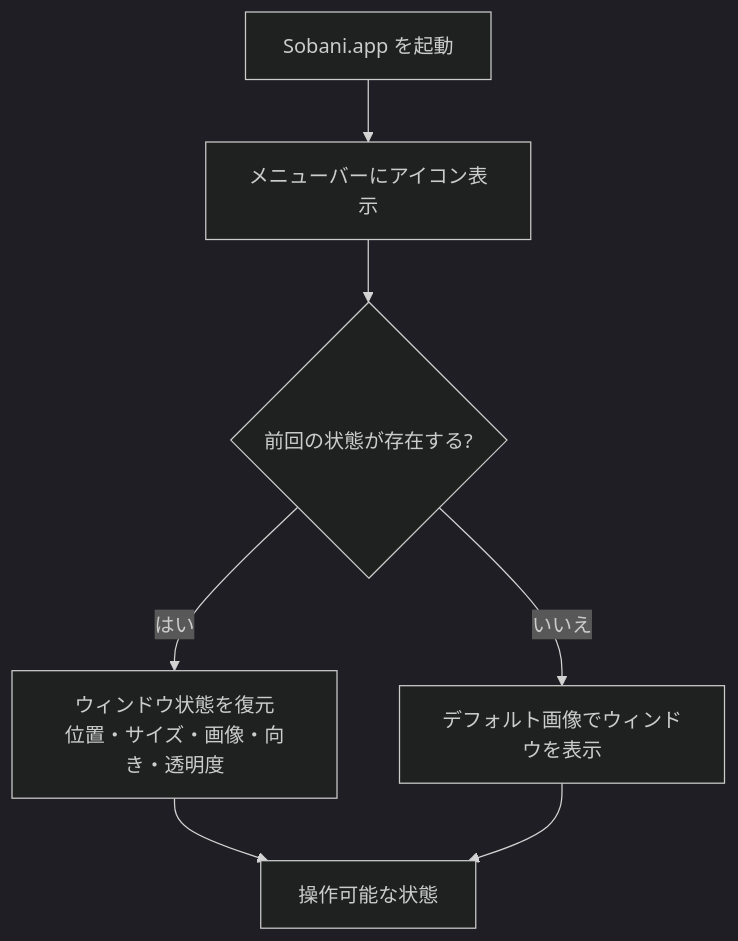
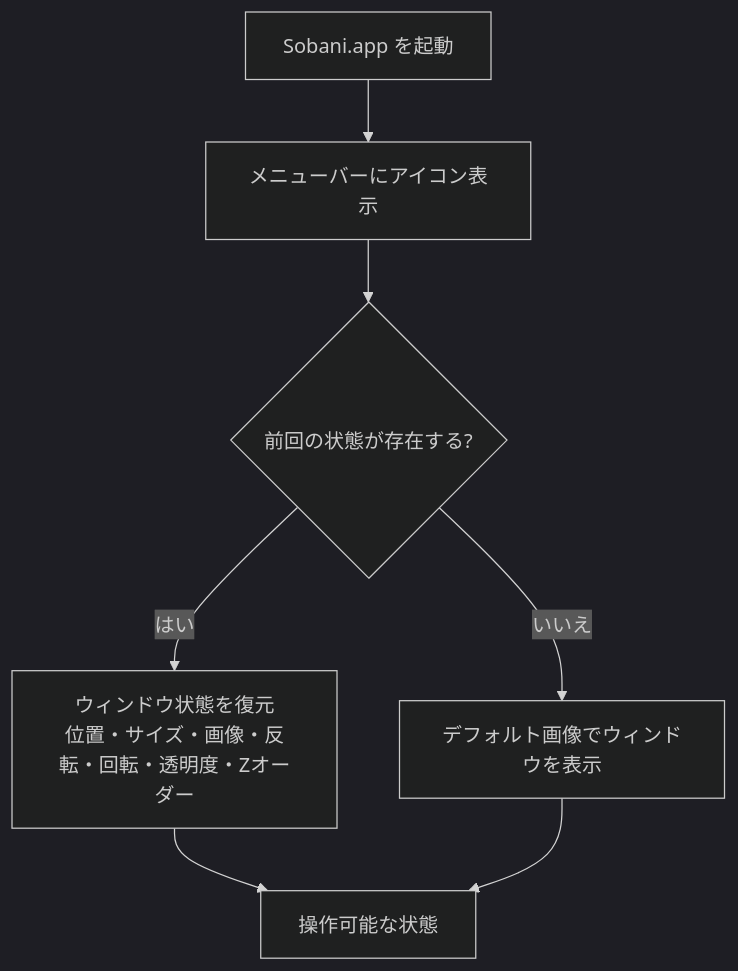
One commit to shiroemons/sobani changed the first of 4 diagrams in docs/guide/usage.md. Above: the diagram before and after it, drawn with Mermaid (dark theme). The commit also changed other lines of this file and 3 other files, not shown here.

````diff
--- a/docs/guide/usage.md
+++ b/docs/guide/usage.md
@@ -13,9 +13,9 @@
 ```mermaid
 flowchart TD
     A[Sobani.app を起動] --> B[メニューバーにアイコン表示]
     B --> C{前回の状態が存在する?}
-    C -- はい --> D[ウィンドウ状態を復元\n位置・サイズ・画像・向き・透明度]
+    C -- はい --> D[ウィンドウ状態を復元\n位置・サイズ・画像・反転・回転・透明度・Zオーダー]
     C -- いいえ --> E[デフォルト画像でウィンドウを表示]
     D --> F[操作可能な状態]
     E --> F
 ```
````
